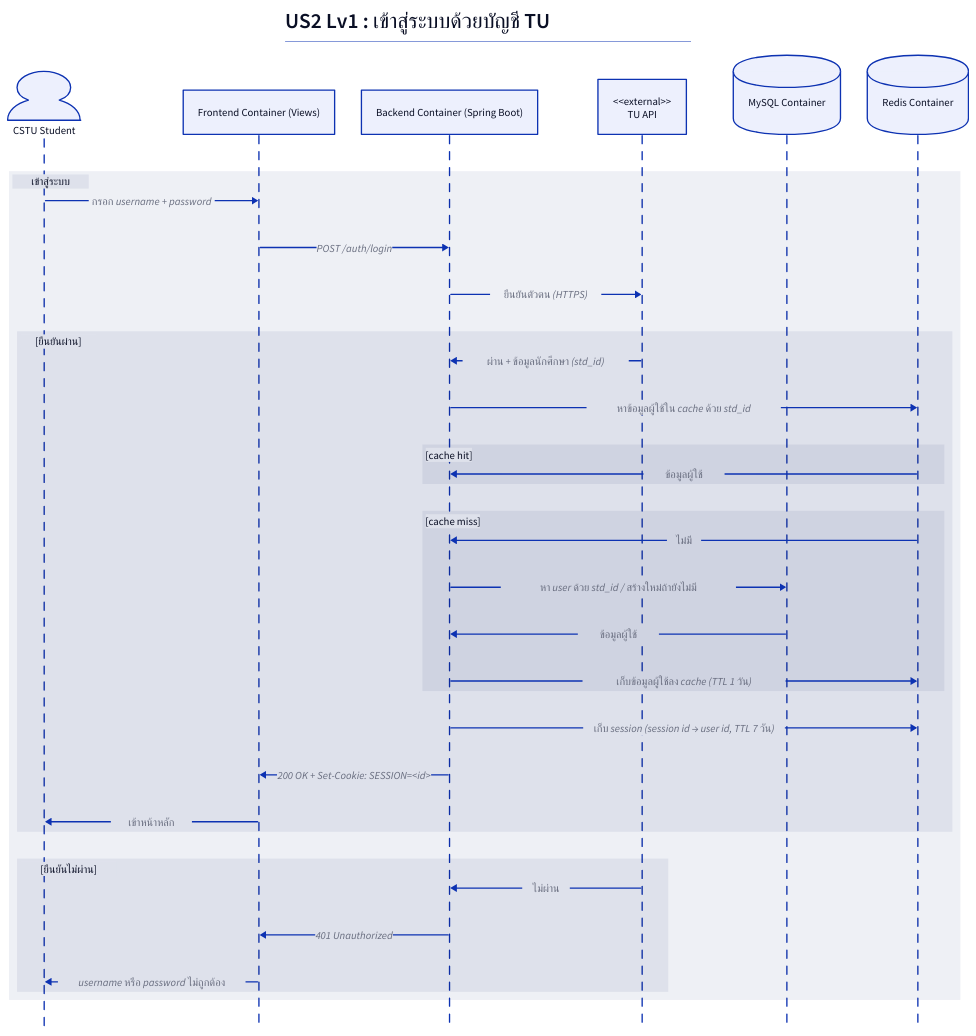
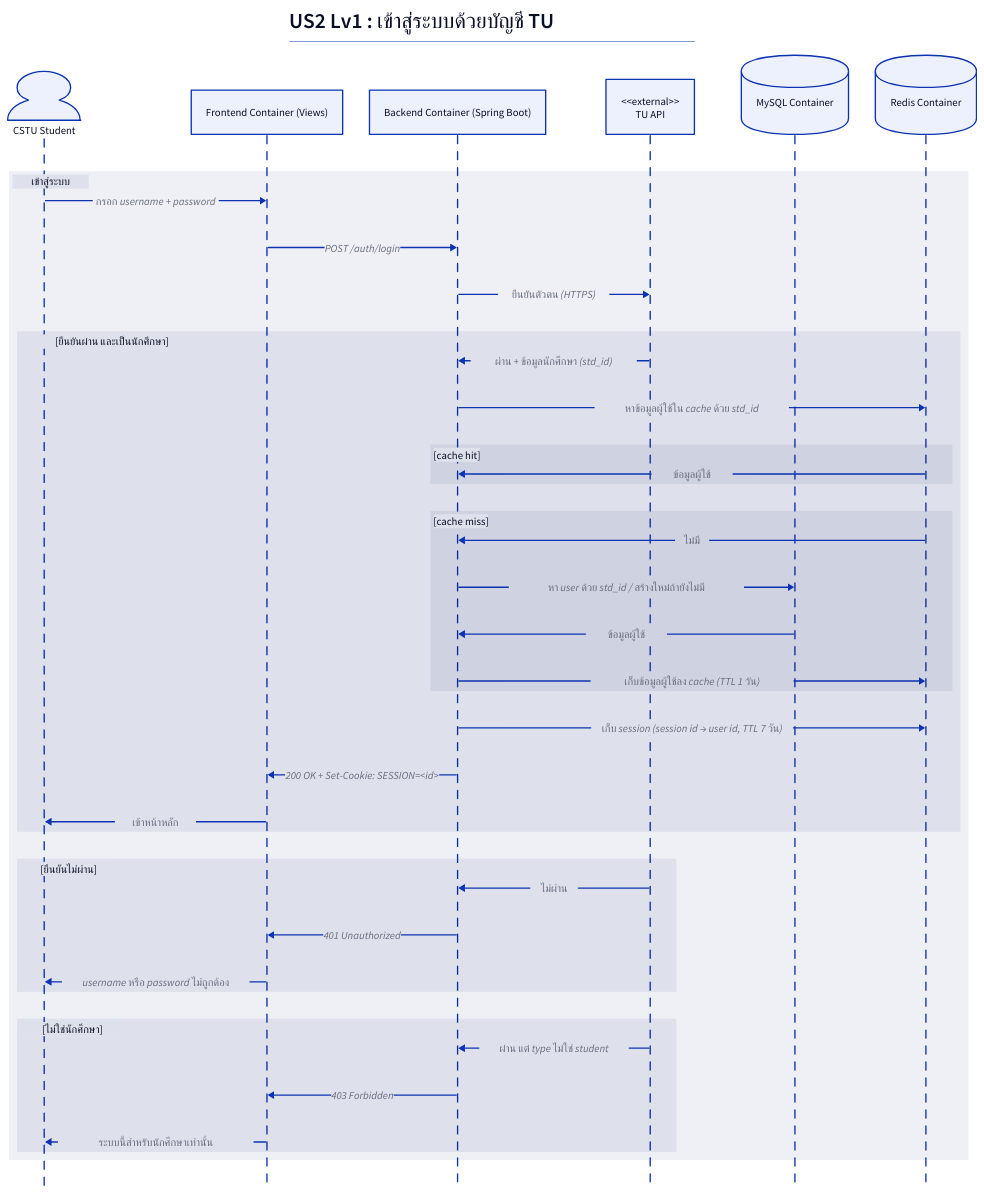
The diagram in docs/Diagrams/Sequences/US2/Lv1.d2 (Saranwich/CS261), drawn with D2 before and after one commit. The commit also changed 8 other files, not shown here.

Commit message:
chore(diagrams): US2 add 403 not-student branch, rename stdId to studentId

```diff
--- a/docs/Diagrams/Sequences/US2/Lv1.d2
+++ b/docs/Diagrams/Sequences/US2/Lv1.d2
@@ -1,50 +1,56 @@
 shape: sequence_diagram
 
 title: |md
   # US2 Lv1 : เข้าสู่ระบบด้วยบัญชี TU
 | {near: top-center}
 
 CstuStudent: CSTU Student {
     shape: person
 }
 Frontend: Frontend Container (Views)
 Backend: Backend Container (Spring Boot)
 TUAPI: "<<external>>\nTU API"
 MySQL: MySQL Container {
     shape: cylinder
 }
 Redis: Redis Container {
     shape: cylinder
 }
 
 เข้าสู่ระบบ: {
     CstuStudent -> Frontend: กรอก username + password
     Frontend -> Backend: "POST /auth/login"
     Backend -> TUAPI: ยืนยันตัวตน (HTTPS)
 
-    success: "[ยืนยันผ่าน]" {
+    success: "[ยืนยันผ่าน และเป็นนักศึกษา]" {
         TUAPI -> Backend: ผ่าน + ข้อมูลนักศึกษา (std_id)
         Backend -> Redis: หาข้อมูลผู้ใช้ใน cache ด้วย std_id
 
         cache_hit: "[cache hit]" {
             Redis -> Backend: ข้อมูลผู้ใช้
         }
 
         cache_miss: "[cache miss]" {
             Redis -> Backend: ไม่มี
             Backend -> MySQL: หา user ด้วย std_id / สร้างใหม่ถ้ายังไม่มี
             MySQL -> Backend: ข้อมูลผู้ใช้
             Backend -> Redis: "เก็บข้อมูลผู้ใช้ลง cache (TTL 1 วัน)"
         }
 
         Backend -> Redis: เก็บ session (session id → user id, TTL 7 วัน)
         Backend -> Frontend: "200 OK + Set-Cookie: SESSION=<id>"
         Frontend -> CstuStudent: เข้าหน้าหลัก
     }
 
     fail: "[ยืนยันไม่ผ่าน]" {
         TUAPI -> Backend: ไม่ผ่าน
         Backend -> Frontend: "401 Unauthorized"
         Frontend -> CstuStudent: username หรือ password ไม่ถูกต้อง
     }
+
+    not_student: "[ไม่ใช่นักศึกษา]" {
+        TUAPI -> Backend: ผ่าน แต่ type ไม่ใช่ student
+        Backend -> Frontend: "403 Forbidden"
+        Frontend -> CstuStudent: ระบบนี้สำหรับนักศึกษาเท่านั้น
+    }
 }
```
